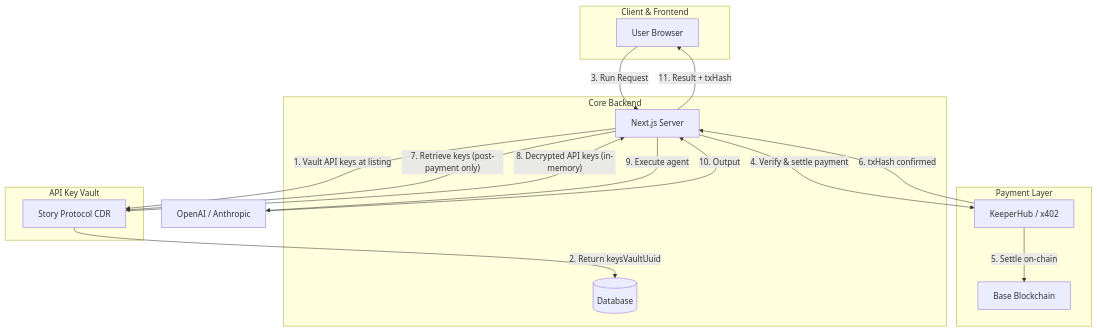
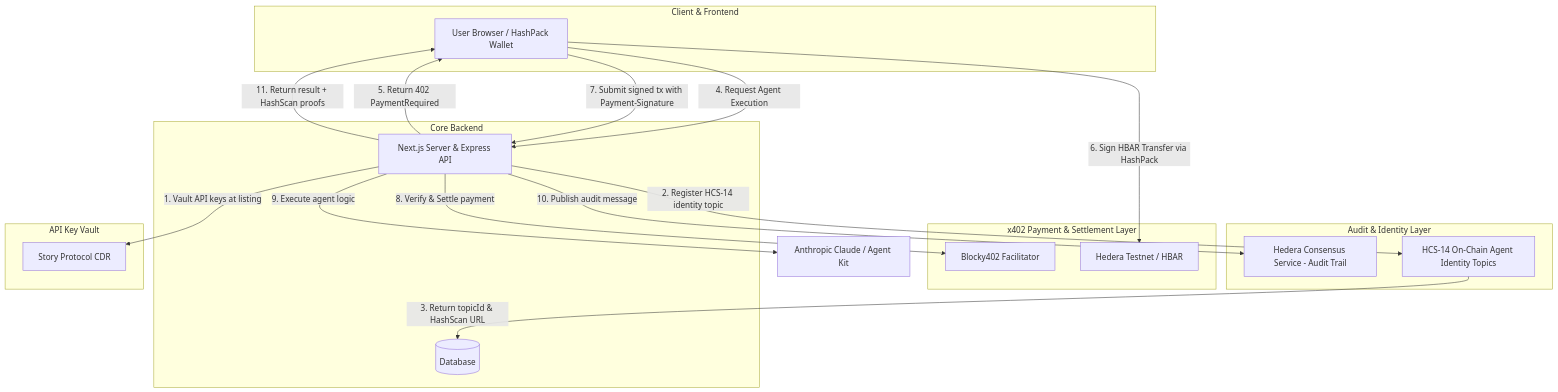
The diagram in README.md (Ultraviolet01/AgentBZ), drawn with Mermaid before and after one commit. The commit also changed other lines of this file and 3 other files, not shown here.

Commit message:
docs(hedera): update documentation and agent proof links to Hedera HCS and HashScan

````diff
--- a/README.md
+++ b/README.md
@@ -15,37 +15,42 @@
 ```mermaid
 graph TD
     subgraph Client["Client & Frontend"]
-        User[User Browser]
+        User[User Browser / HashPack Wallet]
     end
 
     subgraph Backend["Core Backend"]
-        NextJS[Next.js Server]
+        NextJS[Next.js Server & Express API]
         DB[(Database)]
     end
 
-    subgraph PaymentLayer["Payment Layer"]
-        KH[KeeperHub / x402]
-        Base[Base Blockchain]
+    subgraph PaymentLayer["x402 Payment & Settlement Layer"]
+        Blocky402[Blocky402 Facilitator]
+        Hedera[Hedera Testnet / HBAR]
+    end
+
+    subgraph Consensus["Audit & Identity Layer"]
+        HCS[Hedera Consensus Service - Audit Trail]
+        HCS14[HCS-14 On-Chain Agent Identity Topics]
     end
 
     subgraph Vault["API Key Vault"]
         CDR[Story Protocol CDR]
     end
 
-    LLM[OpenAI / Anthropic]
+    LLM[Anthropic Claude / Agent Kit]
 
-    %% Deploy flow — vault keys at listing time
+    %% Deploy flow — vault keys and create HCS-14 topic
     NextJS -- "1. Vault API keys at listing" --> CDR
-    CDR -- "2. Return keysVaultUuid" --> DB
+    NextJS -- "2. Register HCS-14 identity topic" --> HCS14
+    HCS14 -- "3. Return topicId & HashScan URL" --> DB
 
-    %% Run flow — payment MUST be confirmed before anything else
-    User -- "3. Run Request" --> NextJS
-    NextJS -- "4. Verify & settle payment" --> KH
-    KH -- "5. Settle on-chain" --> Base
-    KH -- "6. txHash confirmed" --> NextJS
-    NextJS -- "7. Retrieve keys (post-payment only)" --> CDR
-    CDR -- "8. Decrypted API keys (in-memory)" --> NextJS
-    NextJS -- "9. Execute agent" --> LLM
-    LLM -- "10. Output" --> NextJS
-    NextJS -- "11. Result + txHash" --> User
+    %% Run flow — x402 payment & HCS audit trail
+    User -- "4. Request Agent Execution" --> NextJS
+    NextJS -- "5. Return 402 PaymentRequired" --> User
+    User -- "6. Sign HBAR Transfer via HashPack" --> Hedera
+    User -- "7. Submit signed tx with Payment-Signature" --> NextJS
+    NextJS -- "8. Verify & Settle payment" --> Blocky402
+    NextJS -- "9. Execute agent logic" --> LLM
+    NextJS -- "10. Publish audit message" --> HCS
+    NextJS -- "11. Return result + HashScan proofs" --> User
 ```
````
